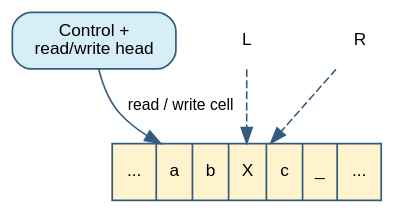
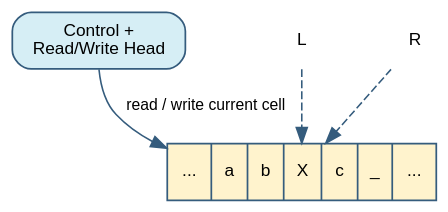
One commit to p0dyakov/inno_notes changed the sixth of 6 diagrams in semester-2/Theoretical Computer Science/1.ru.qmd. Above: the diagram before and after it, drawn with Graphviz. The commit also changed other lines of this file and 538 other files, not shown here.

````diff
--- a/semester-2/Theoretical Computer Science/1.ru.qmd
+++ b/semester-2/Theoretical Computer Science/1.ru.qmd
@@ -528,20 +528,20 @@
 ```{dot}
-//| fig-cap: "Turing machine model with a read/write head moving over an unbounded tape"
+//| fig-cap: "Модель машины Тьюринга: читающая/пишущая головка на неограниченной ленте"
 //| fig-width: 6
 //| fig-height: 2.4
 digraph tm_model {
   rankdir=TB;
   bgcolor="transparent";
   node [fontname="Helvetica", fontsize=11, color="#355c7d", penwidth=1.1];
   edge [fontname="Helvetica", fontsize=10, color="#355c7d", penwidth=1.0];
 
-  head [shape=box, style="filled,rounded", fillcolor="#d6eef5", label="Control +\nread/write head"];
+  head [shape=box, style="filled,rounded", fillcolor="#d6eef5", label="Control +\nRead/Write Head"];
   tape [shape=record, style="filled", fillcolor="#fff3cd", label="... | a | b | X | c | _ | ..."];
   left [shape=plaintext, label="L"];
   right [shape=plaintext, label="R"];
 
-  head -> tape [label="read / write cell"];
+  head -> tape [label="read / write current cell"];
   left -> tape [style=dashed];
   right -> tape [style=dashed];
 }
 ```
````
